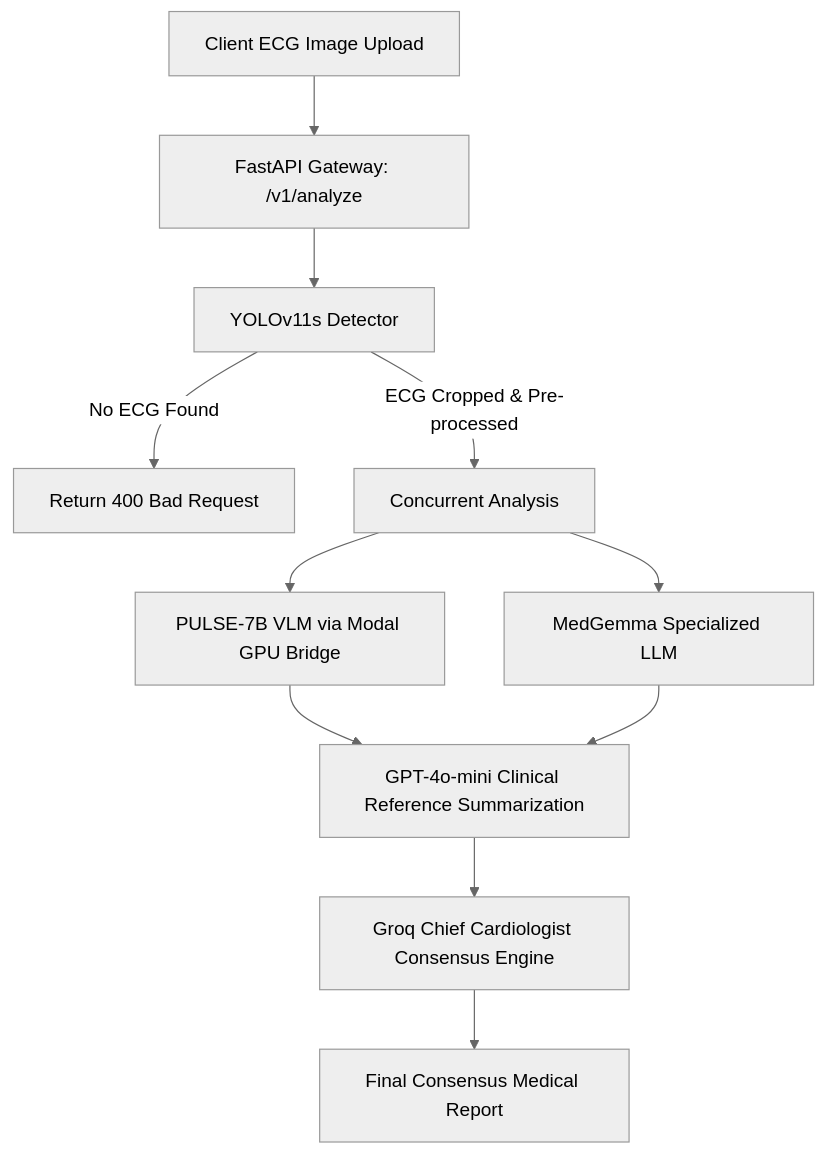
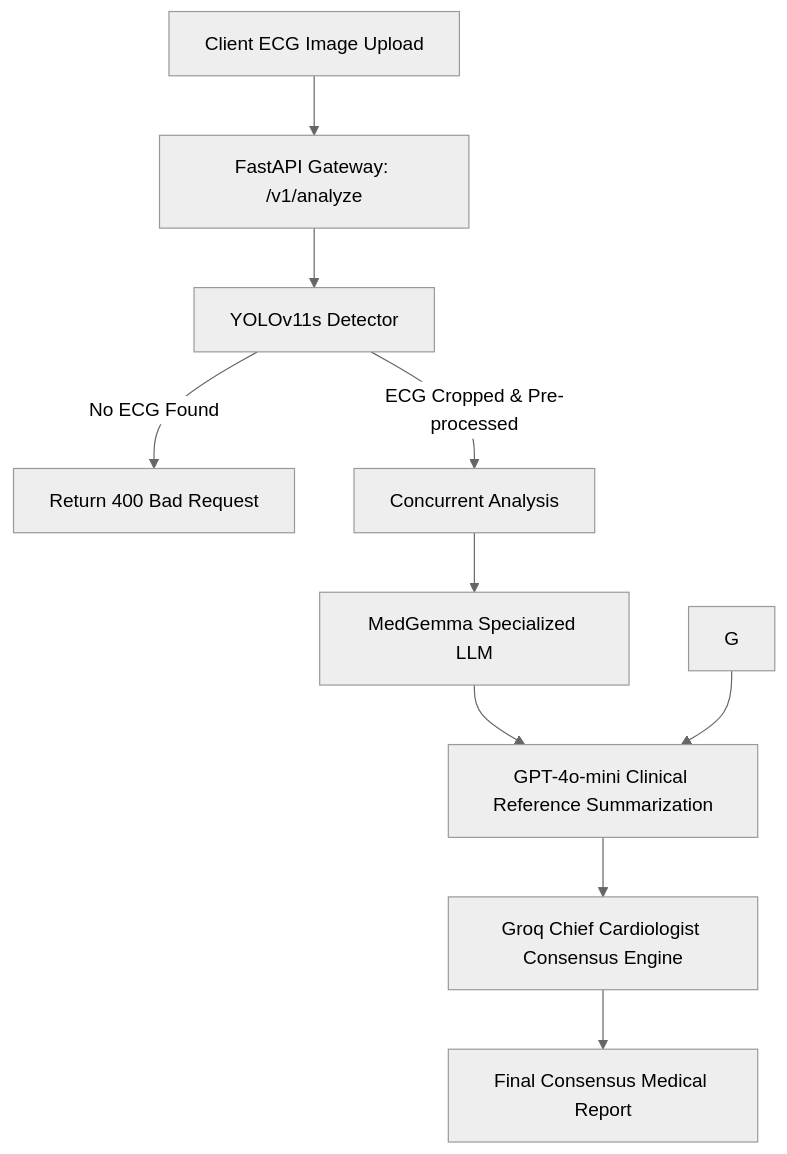
One commit to Asad939asad/LifeLine.ai- changed the first of 2 diagrams in README.md. Above: the diagram before and after it, drawn with Mermaid (neutral theme). The commit also changed other lines of this file, not shown here.

````diff
--- a/README.md
+++ b/README.md
@@ -53,13 +41,12 @@
 ```mermaid
 flowchart TD
     A[Client ECG Image Upload] --> B[FastAPI Gateway: /v1/analyze]
     B --> C[YOLOv11s Detector]
     C -- "No ECG Found" --> D[Return 400 Bad Request]
     C -- "ECG Cropped & Pre-processed" --> E[Concurrent Analysis]
-    E --> F[PULSE-7B VLM via Modal GPU Bridge]
-    E --> G[MedGemma Specialized LLM]
+    E --> F[MedGemma Specialized LLM]
     F --> H[GPT-4o-mini Clinical Reference Summarization]
     G --> H
     H --> I[Groq Chief Cardiologist Consensus Engine]
     I --> J[Final Consensus Medical Report]
 ```
````
